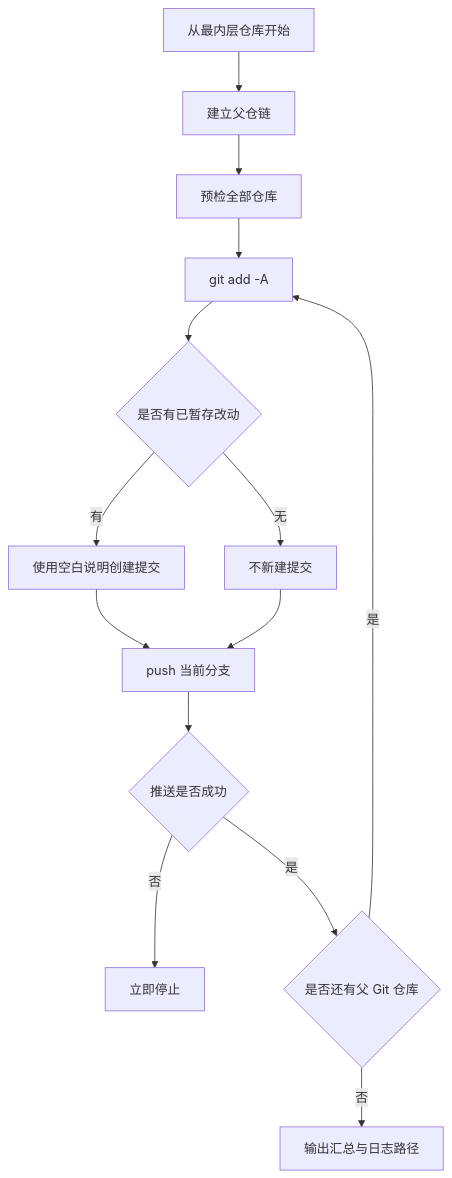
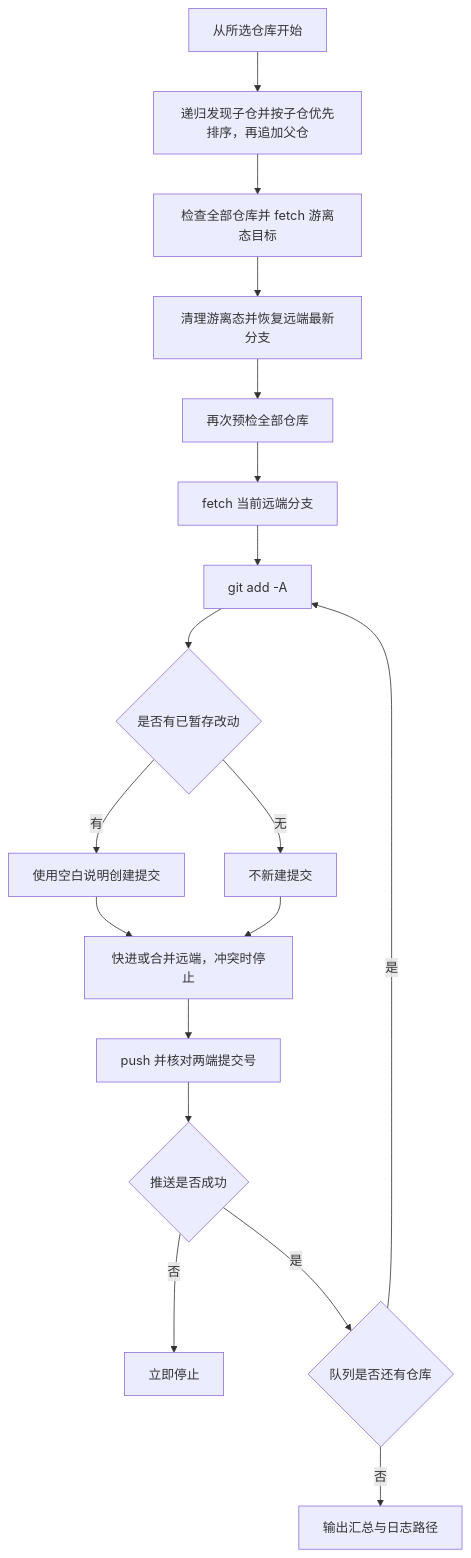
The diagram in 【MacOS@SourceTree】🚀逐层空白提交并Push.command/README.md (JobsKits/SourceTree.sh), drawn with Mermaid before and after one commit. The commit also changed other lines of this file and 1 other file, not shown here.

````diff
--- a/【MacOS@SourceTree】🚀逐层空白提交并Push.command/README.md
+++ b/【MacOS@SourceTree】🚀逐层空白提交并Push.command/README.md
@@ -55,16 +55,20 @@
 ```mermaid
 flowchart TD
-    A[从最内层仓库开始] --> B[建立父仓链]
-    B --> C[预检全部仓库]
-    C --> D[git add -A]
+    A[从所选仓库开始] --> B[递归发现子仓并按子仓优先排序，再追加父仓]
+    B --> C[检查全部仓库并 fetch 游离态目标]
+    C --> R[清理游离态并恢复远端最新分支]
+    R --> P[再次预检全部仓库]
+    P --> Q[fetch 当前远端分支]
+    Q --> D[git add -A]
     D --> E{是否有已暂存改动}
     E -->|有| F[使用空白说明创建提交]
     E -->|无| G[不新建提交]
-    F --> H[push 当前分支]
-    G --> H
+    F --> M[快进或合并远端，冲突时停止]
+    G --> M
+    M --> H[push 并核对两端提交号]
     H --> I{推送是否成功}
     I -->|否| J[立即停止]
-    I -->|是| K{是否还有父 Git 仓库}
+    I -->|是| K{队列是否还有仓库}
     K -->|是| D
     K -->|否| L[输出汇总与日志路径]
 ```
````
